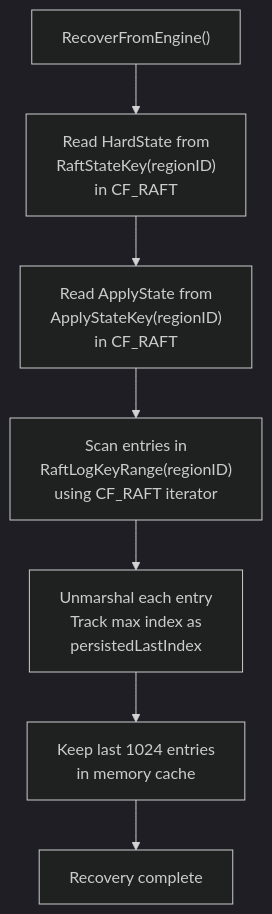
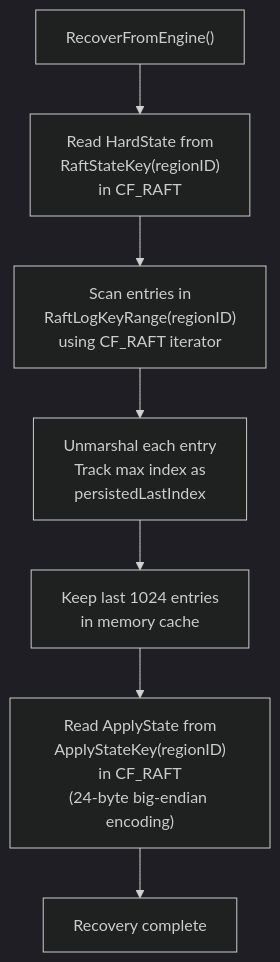
One commit to ryogrid/gookvs changed diagram 13 of 17 in gookv-design/03_raft_consensus.md. Above: the diagram before and after it, drawn with Mermaid (dark theme). The commit also changed other lines of this file and 17 other files, not shown here.

````diff
--- a/gookv-design/03_raft_consensus.md
+++ b/gookv-design/03_raft_consensus.md
@@ -1440,16 +1547,16 @@
 ```mermaid
 flowchart TD
     Start["RecoverFromEngine()"]
 
     Start --> ReadHS["Read HardState from<br/>RaftStateKey(regionID)<br/>in CF_RAFT"]
 
-    ReadHS --> ReadAS["Read ApplyState from<br/>ApplyStateKey(regionID)<br/>in CF_RAFT"]
-
-    ReadAS --> ScanEntries["Scan entries in<br/>RaftLogKeyRange(regionID)<br/>using CF_RAFT iterator"]
+    ReadHS --> ScanEntries["Scan entries in<br/>RaftLogKeyRange(regionID)<br/>using CF_RAFT iterator"]
 
     ScanEntries --> Unmarshal["Unmarshal each entry<br/>Track max index as<br/>persistedLastIndex"]
 
     Unmarshal --> CacheRecent["Keep last 1024 entries<br/>in memory cache"]
 
-    CacheRecent --> Done["Recovery complete"]
+    CacheRecent --> ReadAS["Read ApplyState from<br/>ApplyStateKey(regionID)<br/>in CF_RAFT<br/>(24-byte big-endian encoding)"]
+
+    ReadAS --> Done["Recovery complete"]
 ```
````
